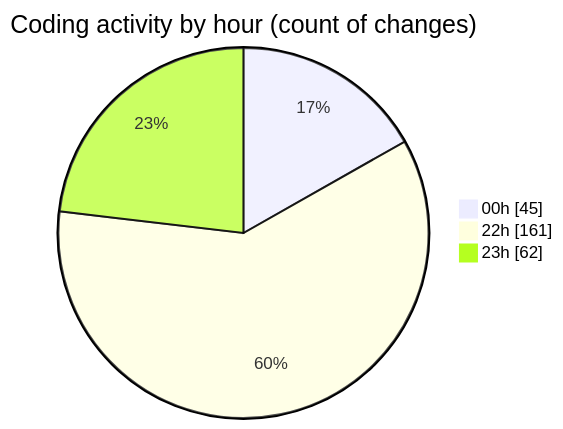
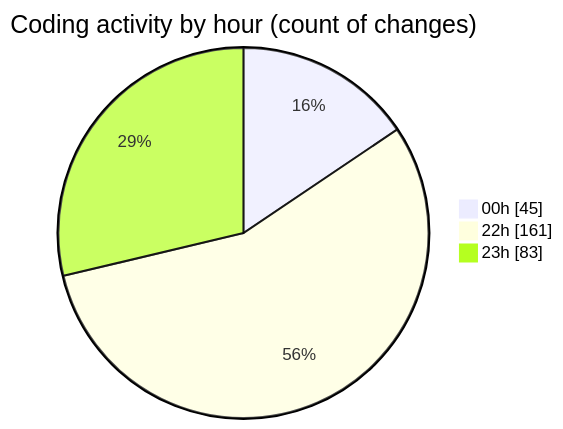
The second of 2 diagrams in 2025-07-29/javascript/README.md (Ritupan-Deka/code-tracking), drawn with Mermaid before and after one commit. The commit also changed other lines of this file and 1 other file, not shown here.

````diff
--- a/2025-07-29/javascript/README.md
+++ b/2025-07-29/javascript/README.md
@@ -29,7 +29,7 @@
 ```mermaid
 pie showData
 title Coding activity by hour (count of changes)
 "00h" : 45
 "22h" : 161
-"23h" : 62
+"23h" : 83
 ```
````
